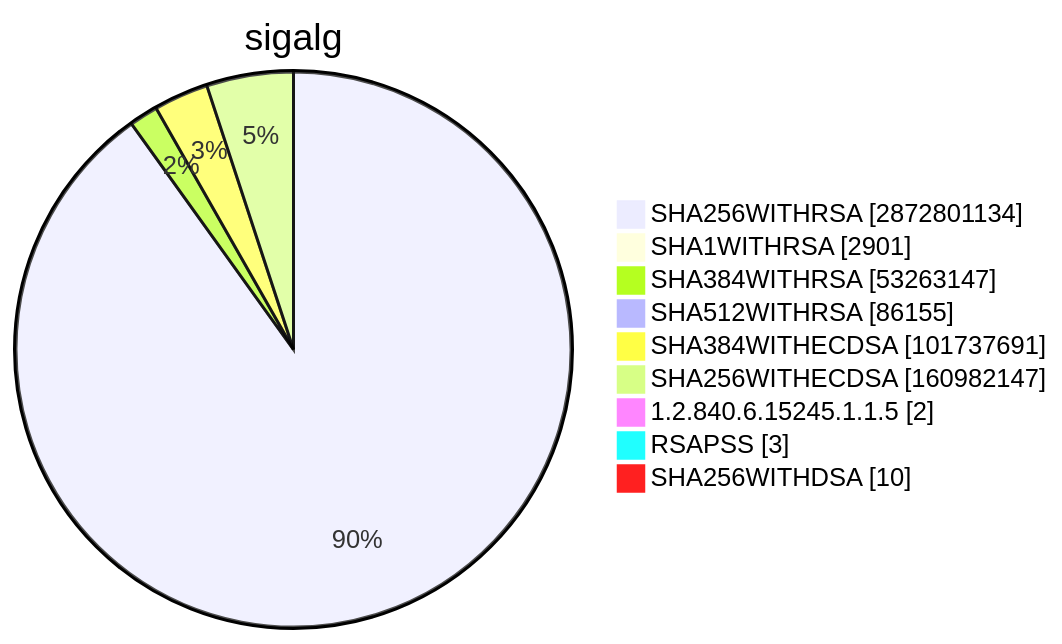
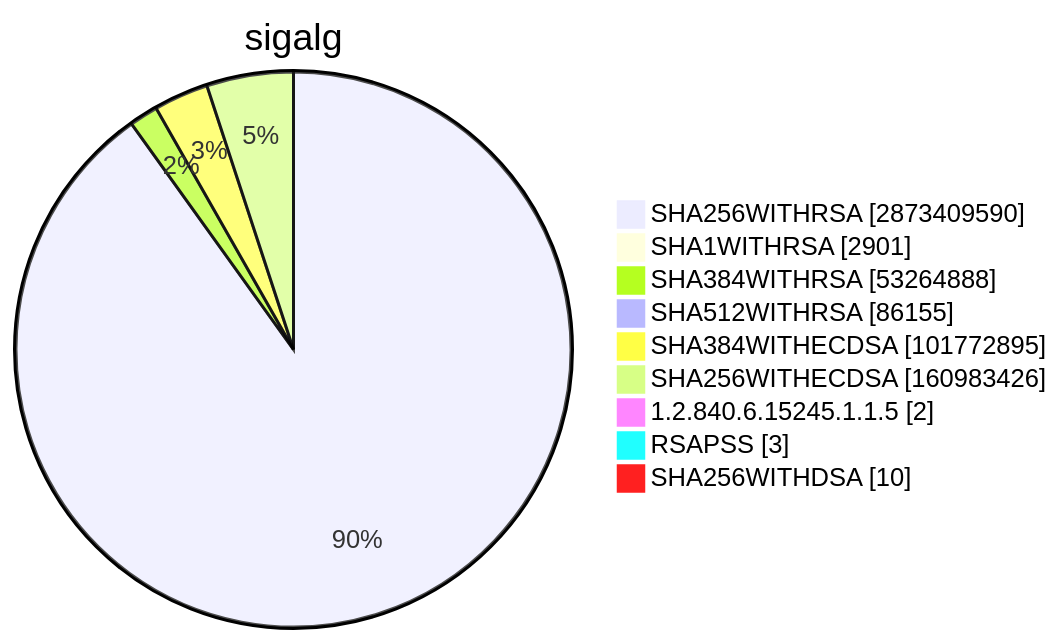
Diagram 15 of 15 in TOTAL/README.md (christiankrug/ctmonitor_visualization), drawn with Mermaid before and after one commit. The commit also changed other lines of this file, not shown here.

````diff
--- a/TOTAL/README.md
+++ b/TOTAL/README.md
@@ -6207,13 +6207,13 @@
 ```mermaid
 pie showData
 title sigalg
-"SHA256WITHRSA" :2872801134
+"SHA256WITHRSA" :2873409590
 "SHA1WITHRSA" :2901
-"SHA384WITHRSA" :53263147
+"SHA384WITHRSA" :53264888
 "SHA512WITHRSA" :86155
-"SHA384WITHECDSA" :101737691
-"SHA256WITHECDSA" :160982147
+"SHA384WITHECDSA" :101772895
+"SHA256WITHECDSA" :160983426
 "1.2.840.6.15245.1.1.5" :2
 "RSAPSS" :3
 "SHA256WITHDSA" :10
 ```
````
